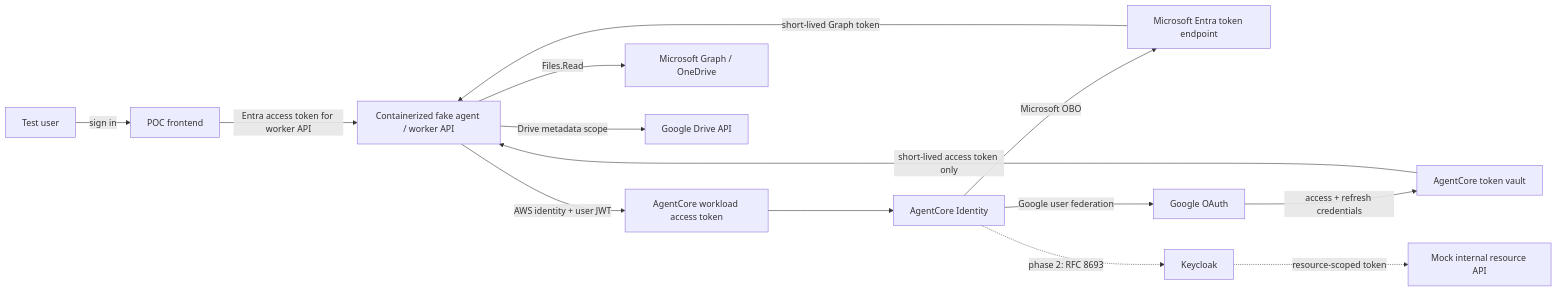
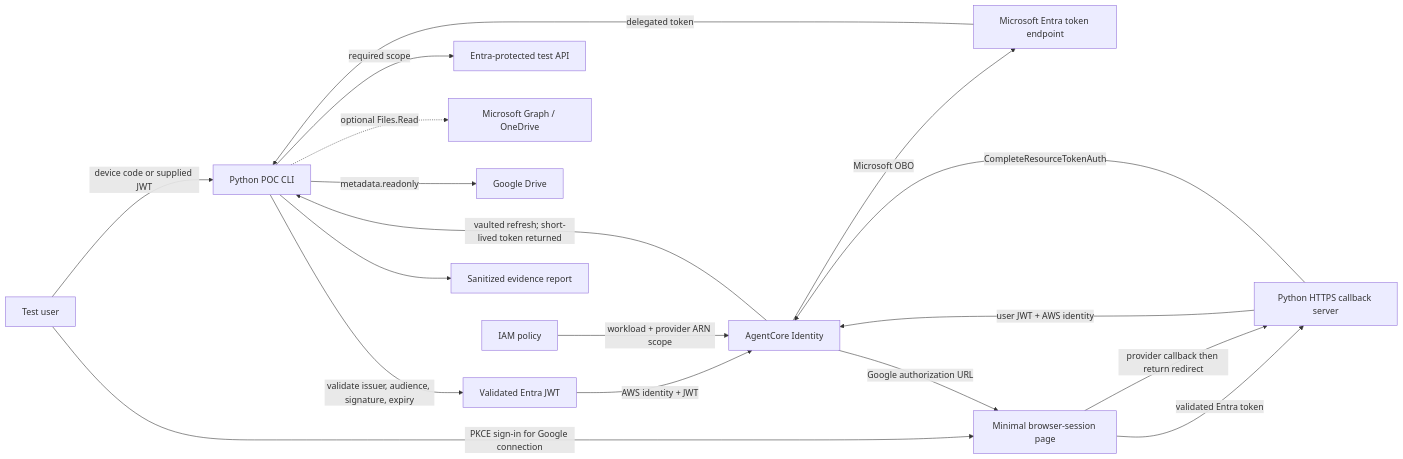
Before and after one commit to cgono/test-aws-agentcore: the diagram in docs/superpowers/specs/2026-08-15-agentcore-identity-poc-design.md, drawn with Mermaid. The commit also changed other lines of this file, not shown here.

Commit message:
docs: revise AgentCore Identity POC design

````diff
--- a/docs/superpowers/specs/2026-08-15-agentcore-identity-poc-design.md
+++ b/docs/superpowers/specs/2026-08-15-agentcore-identity-poc-design.md
@@ -58,19 +81,23 @@
 ```mermaid
 flowchart LR
-    User["Test user"] -->|"sign in"| SPA["POC frontend"]
-    SPA -->|"Entra access token for worker API"| Worker["Containerized fake agent / worker API"]
-    Worker -->|"AWS identity + user JWT"| WAT["AgentCore workload access token"]
-    WAT --> Identity["AgentCore Identity"]
+    User["Test user"] -->|"device code or supplied JWT"| CLI["Python POC CLI"]
+    CLI -->|"validate issuer, audience, signature, expiry"| JWT["Validated Entra JWT"]
+    JWT -->|"AWS identity + JWT"| Identity["AgentCore Identity"]
 
     Identity -->|"Microsoft OBO"| Entra["Microsoft Entra token endpoint"]
-    Entra -->|"short-lived Graph token"| Worker
-    Worker -->|"Files.Read"| Graph["Microsoft Graph / OneDrive"]
+    Entra -->|"delegated token"| CLI
+    CLI -->|"required scope"| TestAPI["Entra-protected test API"]
+    CLI -. "optional Files.Read" .-> Graph["Microsoft Graph / OneDrive"]
 
-    Identity -->|"Google user federation"| Google["Google OAuth"]
-    Google -->|"access + refresh credentials"| Vault["AgentCore token vault"]
-    Vault -->|"short-lived access token only"| Worker
-    Worker -->|"Drive metadata scope"| Drive["Google Drive API"]
+    User -->|"PKCE sign-in for Google connection"| Browser["Minimal browser-session page"]
+    Browser -->|"validated Entra token"| Callback["Python HTTPS callback server"]
+    Callback -->|"user JWT + AWS identity"| Identity
+    Identity -->|"Google authorization URL"| Browser
+    Browser -->|"provider callback then return redirect"| Callback
+    Callback -->|"CompleteResourceTokenAuth"| Identity
+    Identity -->|"vaulted refresh; short-lived token returned"| CLI
+    CLI -->|"metadata.readonly"| Drive["Google Drive"]
 
-    Identity -. "phase 2: RFC 8693" .-> Keycloak["Keycloak"]
-    Keycloak -. "resource-scoped token" .-> Internal["Mock internal resource API"]
+    IAM["IAM policy"] -->|"workload + provider ARN scope"| Identity
+    CLI --> Evidence["Sanitized evidence report"]
 ```
````
